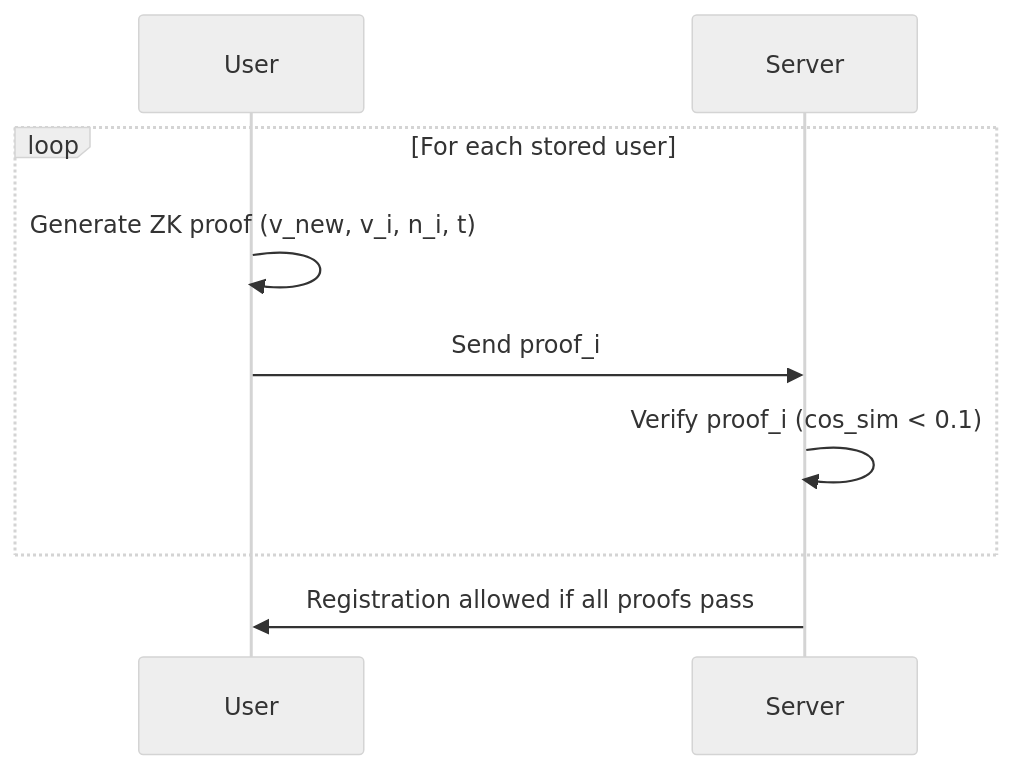
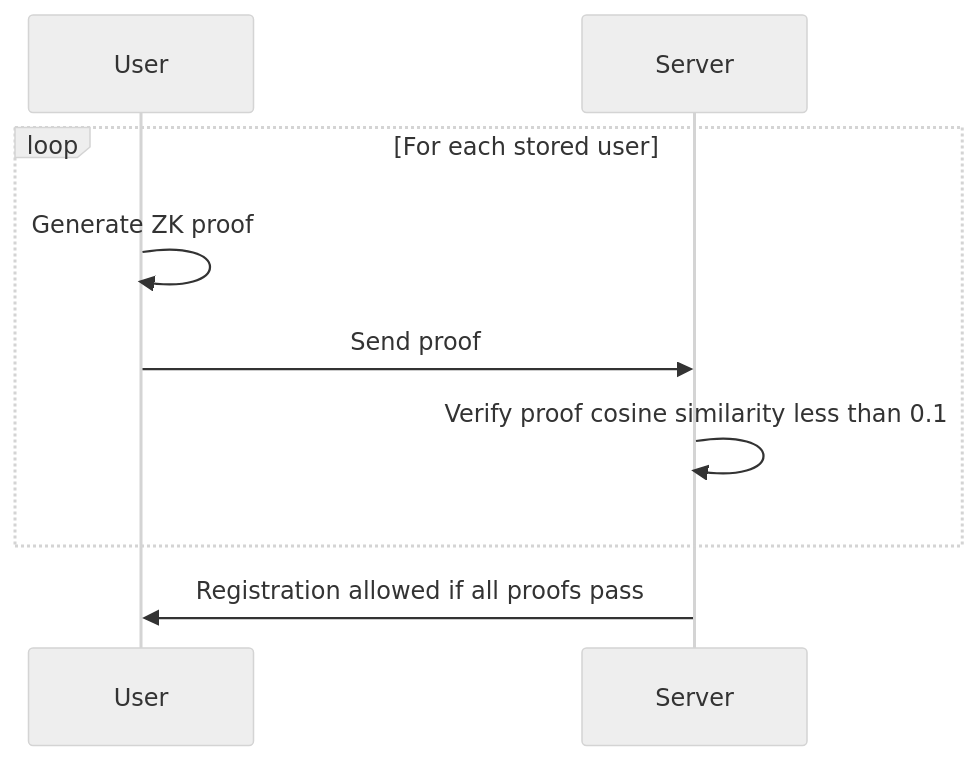
Before and after one commit to ManiBAJPAI22/ZK-match: the second of 3 diagrams in docs/ARCHITECTURE.md, drawn with Mermaid (neutral theme). The commit also changed other lines of this file, not shown here.

Commit message:
architecture

````diff
--- a/docs/ARCHITECTURE.md
+++ b/docs/ARCHITECTURE.md
@@ -56,11 +56,11 @@
 ```mermaid
 sequenceDiagram
     participant User
     participant Server
     loop For each stored user
-        User->>User: Generate ZK proof (v_new, v_i, n_i, t)
-        User->>Server: Send proof_i
-        Server->>Server: Verify proof_i (cos_sim < 0.1)
+        User->>User: Generate ZK proof
+        User->>Server: Send proof
+        Server->>Server: Verify proof cosine similarity less than 0.1
     end
     Server->>User: Registration allowed if all proofs pass
 ```
````
